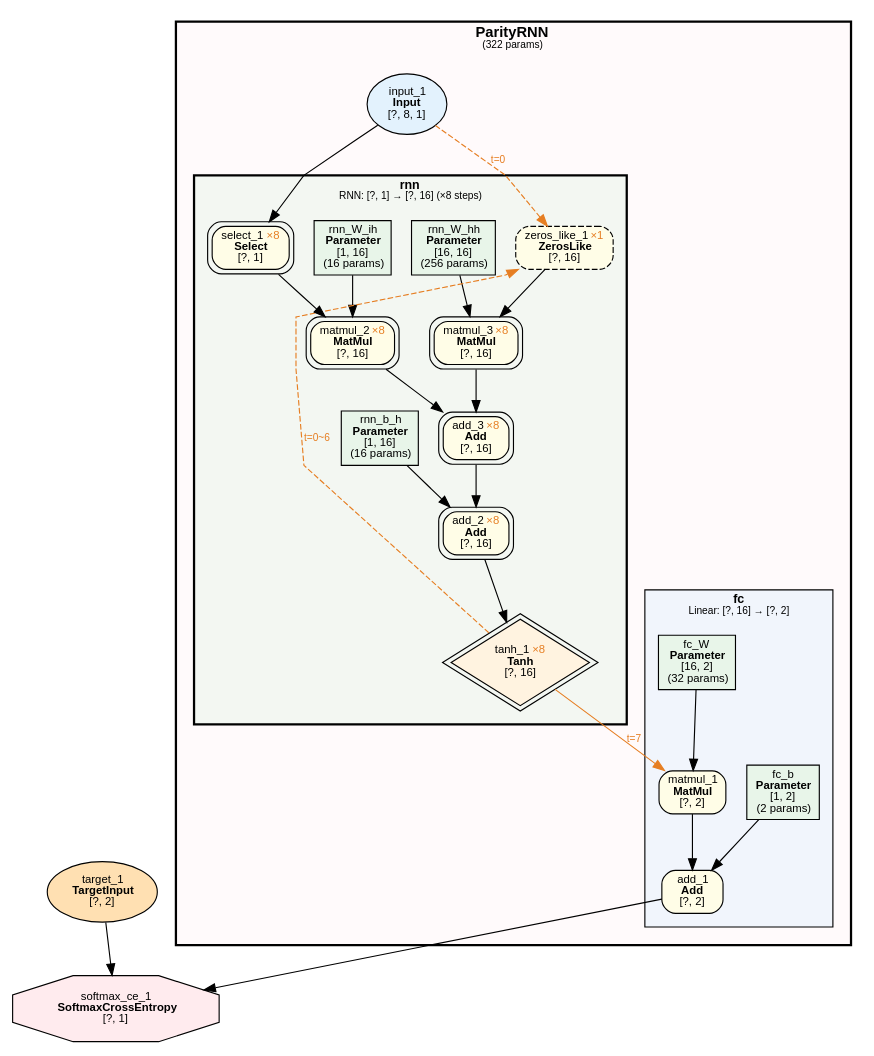
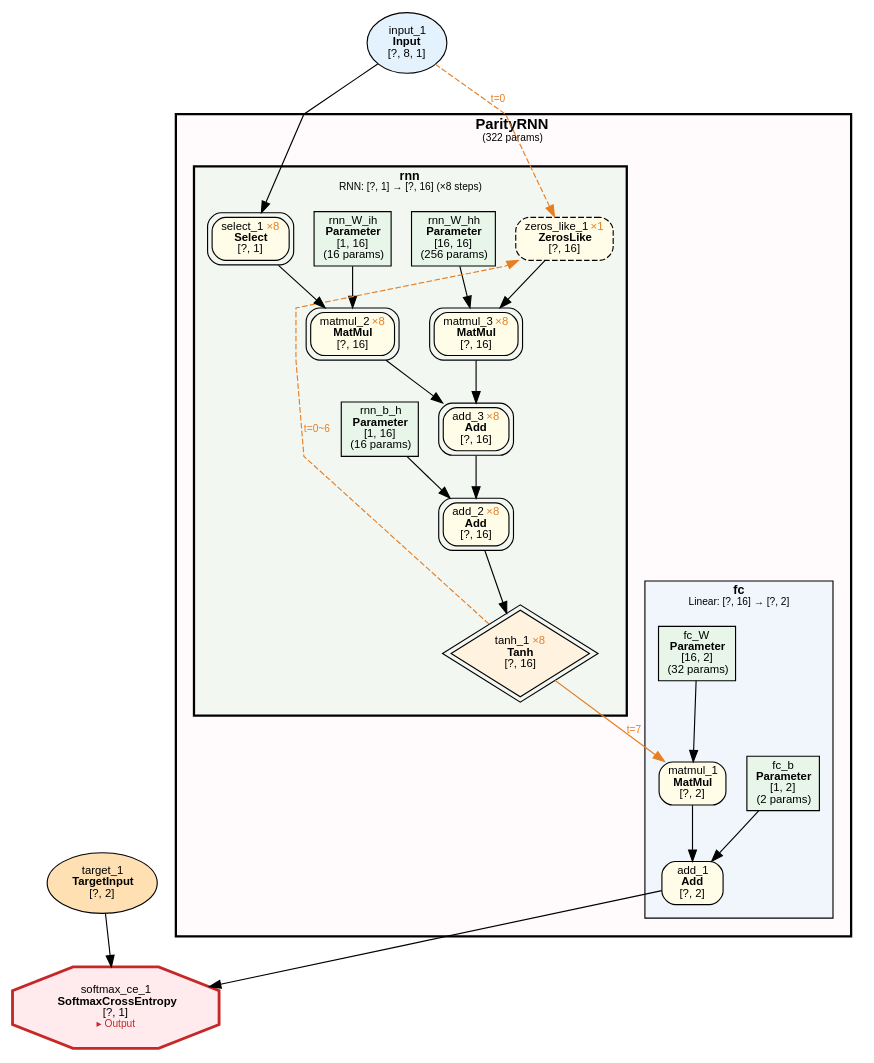
One commit to dbsxdbsx/only_torch changed the diagram in examples/parity_rnn_fixed_len/parity_rnn_fixed_len.dot. Above: the diagram before and after it, drawn with Graphviz. The commit also changed 48 other files, not shown here.

```diff
--- a/examples/parity_rnn_fixed_len/parity_rnn_fixed_len.dot
+++ b/examples/parity_rnn_fixed_len/parity_rnn_fixed_len.dot
@@ -1,74 +1,74 @@
 digraph ComputeGraph {
     rankdir=TB;
     newrank=true;
     splines=polyline;
     node [fontname="Microsoft YaHei,SimHei,Arial"];
     edge [fontname="Microsoft YaHei,SimHei,Arial"];
 
     subgraph cluster_model_ParityRNN {
         label=<<B>ParityRNN</B><BR/><FONT POINT-SIZE="9">(322 params)</FONT>>;
         style="filled,bold";
         fillcolor="#FFEBEE40";
         fontname="Microsoft YaHei,SimHei,Arial";
         fontsize=13;
         margin=16;
 
         subgraph cluster_ParityRNN_fc {
             label=<<B>fc</B><BR/><FONT POINT-SIZE="9">Linear: [?, 16] → [?, 2]</FONT>>;
             style=filled;
             fillcolor="#E3F2FD80";
             fontname="Microsoft YaHei,SimHei,Arial";
             fontsize=11;
             margin=12;
                 "2" [label=<add_1<BR/><B>Add</B><BR/>[?, 2]> shape=box style="filled,rounded" fillcolor="#FFFDE7" fontsize=10];
                 "4" [label=<matmul_1<BR/><B>MatMul</B><BR/>[?, 2]> shape=box style="filled,rounded" fillcolor="#FFFDE7" fontsize=10];
                 "5" [label=<fc_b<BR/><B>Parameter</B><BR/>[1, 2]<BR/>(2 params)> shape=box style=filled fillcolor="#E8F5E9" fontsize=10];
                 "6" [label=<fc_W<BR/><B>Parameter</B><BR/>[16, 2]<BR/>(32 params)> shape=box style=filled fillcolor="#E8F5E9" fontsize=10];
         }
 
         subgraph cluster_ParityRNN_rnn {
             label=<<B>rnn</B><BR/><FONT POINT-SIZE="9">RNN: [?, 1] → [?, 16] (×8 steps)</FONT>>;
             style="filled,bold";
             peripheries=3;
             penwidth=2;
             fillcolor="#E8F5E980";
             fontname="Microsoft YaHei,SimHei,Arial";
             fontsize=11;
             margin=12;
-            "7" [label=<rnn_b_h<BR/><B>Parameter</B><BR/>[1, 16]<BR/>(16 params)> shape=box style=filled fillcolor="#E8F5E9" fontsize=10];
-            "8" [label=<rnn_W_ih<BR/><B>Parameter</B><BR/>[1, 16]<BR/>(16 params)> shape=box style=filled fillcolor="#E8F5E9" fontsize=10];
-            "9" [label=<rnn_W_hh<BR/><B>Parameter</B><BR/>[16, 16]<BR/>(256 params)> shape=box style=filled fillcolor="#E8F5E9" fontsize=10];
-            "11" [label=<tanh_1 <FONT COLOR="#E67E22">×8</FONT><BR/><B>Tanh</B><BR/>[?, 16]> shape=diamond style=filled fillcolor="#FFF3E0" fontsize=10 peripheries=2];
-            "12" [label=<add_2 <FONT COLOR="#E67E22">×8</FONT><BR/><B>Add</B><BR/>[?, 16]> shape=box style="filled,rounded" fillcolor="#FFFDE7" fontsize=10 peripheries=2];
-            "13" [label=<add_3 <FONT COLOR="#E67E22">×8</FONT><BR/><B>Add</B><BR/>[?, 16]> shape=box style="filled,rounded" fillcolor="#FFFDE7" fontsize=10 peripheries=2];
-            "14" [label=<matmul_2 <FONT COLOR="#E67E22">×8</FONT><BR/><B>MatMul</B><BR/>[?, 16]> shape=box style="filled,rounded" fillcolor="#FFFDE7" fontsize=10 peripheries=2];
-            "15" [label=<matmul_3 <FONT COLOR="#E67E22">×8</FONT><BR/><B>MatMul</B><BR/>[?, 16]> shape=box style="filled,rounded" fillcolor="#FFFDE7" fontsize=10 peripheries=2];
-            "16" [label=<select_1 <FONT COLOR="#E67E22">×8</FONT><BR/><B>Select</B><BR/>[?, 1]> shape=box style="filled,rounded" fillcolor="#FFFDE7" fontsize=10 peripheries=2];
-            "17" [label=<zeros_like_1 <FONT COLOR="#E67E22">×1</FONT><BR/><B>ZerosLike</B><BR/>[?, 16]> shape=box style="filled,rounded,dashed" fillcolor="#FFFDE7" fontsize=10];
+                "7" [label=<rnn_b_h<BR/><B>Parameter</B><BR/>[1, 16]<BR/>(16 params)> shape=box style=filled fillcolor="#E8F5E9" fontsize=10];
+                "8" [label=<rnn_W_ih<BR/><B>Parameter</B><BR/>[1, 16]<BR/>(16 params)> shape=box style=filled fillcolor="#E8F5E9" fontsize=10];
+                "9" [label=<rnn_W_hh<BR/><B>Parameter</B><BR/>[16, 16]<BR/>(256 params)> shape=box style=filled fillcolor="#E8F5E9" fontsize=10];
+                "11" [label=<tanh_1 <FONT COLOR="#E67E22">×8</FONT><BR/><B>Tanh</B><BR/>[?, 16]> shape=diamond style=filled fillcolor="#FFF3E0" fontsize=10 peripheries=2];
+                "12" [label=<add_2 <FONT COLOR="#E67E22">×8</FONT><BR/><B>Add</B><BR/>[?, 16]> shape=box style="filled,rounded" fillcolor="#FFFDE7" fontsize=10 peripheries=2];
+                "13" [label=<add_3 <FONT COLOR="#E67E22">×8</FONT><BR/><B>Add</B><BR/>[?, 16]> shape=box style="filled,rounded" fillcolor="#FFFDE7" fontsize=10 peripheries=2];
+                "14" [label=<matmul_2 <FONT COLOR="#E67E22">×8</FONT><BR/><B>MatMul</B><BR/>[?, 16]> shape=box style="filled,rounded" fillcolor="#FFFDE7" fontsize=10 peripheries=2];
+                "15" [label=<matmul_3 <FONT COLOR="#E67E22">×8</FONT><BR/><B>MatMul</B><BR/>[?, 16]> shape=box style="filled,rounded" fillcolor="#FFFDE7" fontsize=10 peripheries=2];
+                "16" [label=<select_1 <FONT COLOR="#E67E22">×8</FONT><BR/><B>Select</B><BR/>[?, 1]> shape=box style="filled,rounded" fillcolor="#FFFDE7" fontsize=10 peripheries=2];
+                "17" [label=<zeros_like_1 <FONT COLOR="#E67E22">×1</FONT><BR/><B>ZerosLike</B><BR/>[?, 16]> shape=box style="filled,rounded,dashed" fillcolor="#FFFDE7" fontsize=10];
         }
 
-        "10" [label=<input_1<BR/><B>Input</B><BR/>[?, 8, 1]> shape=ellipse style=filled fillcolor="#E3F2FD" fontsize=10];
     }
 
-    "1" [label=<softmax_ce_1<BR/><B>SoftmaxCrossEntropy</B><BR/>[?, 1]> shape=octagon style=filled fillcolor="#FFEBEE" fontsize=10];
+    "1" [label=<softmax_ce_1<BR/><B>SoftmaxCrossEntropy</B><BR/>[?, 1]<BR/><FONT COLOR="#C62828" POINT-SIZE="9">▸ Output</FONT>> shape=octagon style=filled fillcolor="#FFEBEE" fontsize=10 penwidth=2.5 color="#C62828"];
     "3" [label=<target_1<BR/><B>TargetInput</B><BR/>[?, 2]> shape=ellipse style=filled fillcolor="#FFE0B2" fontsize=10];
+    "10" [label=<input_1<BR/><B>Input</B><BR/>[?, 8, 1]> shape=ellipse style=filled fillcolor="#E3F2FD" fontsize=10];
 
     "2" -> "1";
     "3" -> "1";
     "4" -> "2";
     "5" -> "2";
-    "11" -> "4" [color="#E67E22" label=<t=7> fontcolor="#E67E22" fontsize=9];
+    "11" -> "4" [ color="#E67E22" label=<t=7> fontcolor="#E67E22" fontsize=9];
     "6" -> "4";
     "12" -> "11";
     "13" -> "12";
     "7" -> "12";
     "14" -> "13";
     "15" -> "13";
     "16" -> "14";
     "8" -> "14";
     "17" -> "15";
     "9" -> "15";
     "10" -> "16";
-    "10" -> "17" [style=dashed color="#E67E22" label=<t=0> fontcolor="#E67E22" fontsize=9];
+    "10" -> "17" [ style=dashed color="#E67E22" label=<t=0> fontcolor="#E67E22" fontsize=9];
     "11" -> "17" [style=dashed color="#E67E22" label=<t=0~6> fontcolor="#E67E22" fontsize=9 constraint=false];
 }
```
